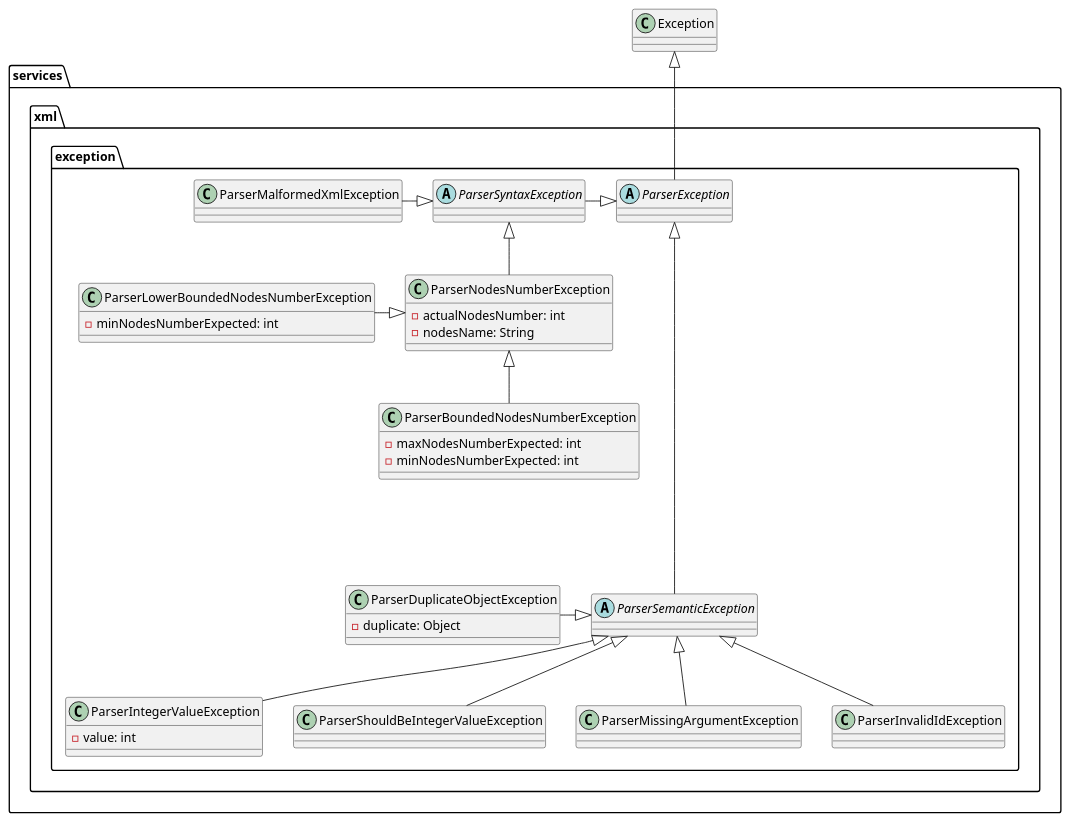
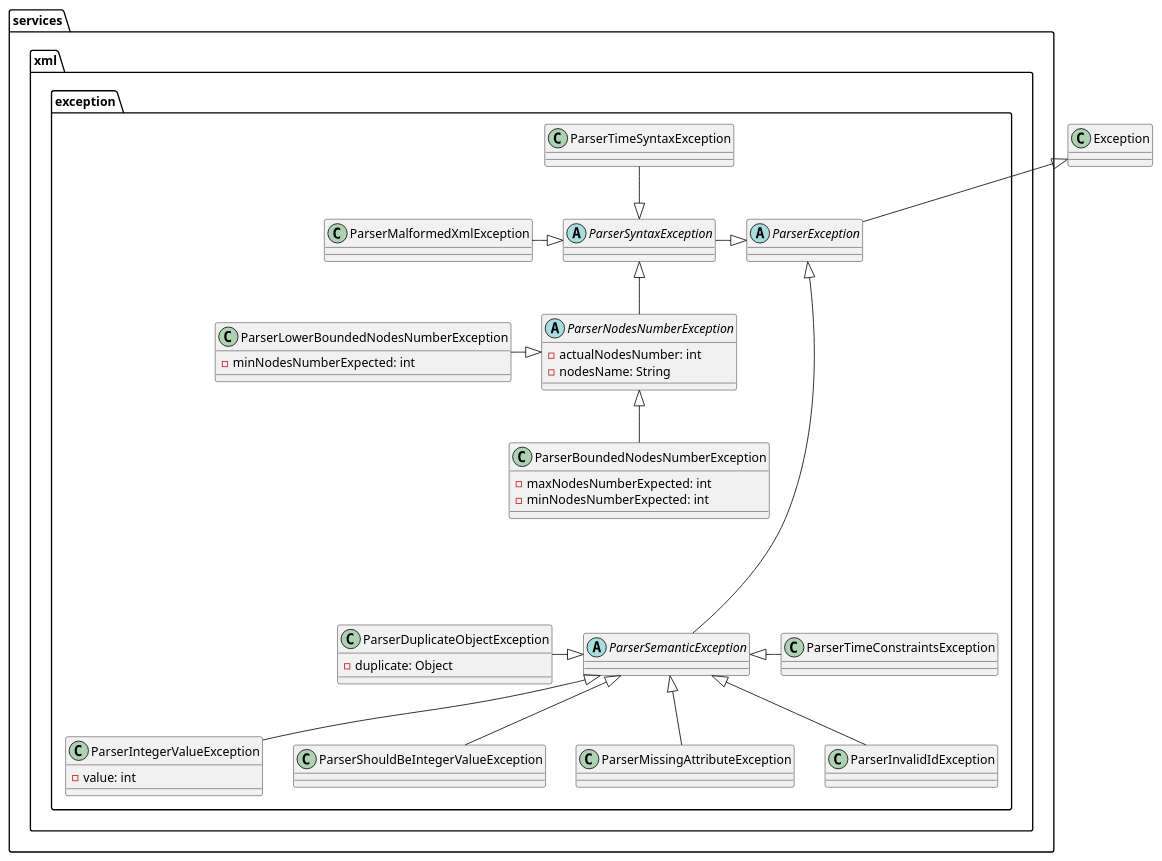
The diagram in docs/uml/package.services.xml.exception.puml (if-h4102/pld-agile), drawn with PlantUML before and after one commit. The commit also changed 9 other files, not shown here.

Commit message:
Modify Parser.getDeliveryRequest() to pass test on time constraints

```diff
--- a/docs/uml/package.services.xml.exception.puml
+++ b/docs/uml/package.services.xml.exception.puml
@@ -1,64 +1,68 @@
 class Exception
 package services.xml.exception {
 
     abstract class ParserException
     abstract class ParserSemanticException
     abstract class ParserSyntaxException
     
     abstract class ParserSemanticException
     class ParserDuplicateObjectException
     class ParserIntegerValueException
     class ParserShouldBeIntegerValueException
-    class ParserMissingArgumentException
+    class ParserMissingAttributeException
+    class ParserInvalidIdException
+    class ParserTimeConstraintsException
     
     abstract class ParserSyntaxException
     abstract class ParserNodesNumberException
-    class ParserInvalidIdException
     class ParserMalformedXmlException
+    class ParserTimeSyntaxException
     
     abstract class ParserNodesNumberException
     class ParserBoundedNodesNumberException
     class ParserLowerBoundedNodesNumberException
     
     
     Exception <|-- ParserException
     
     ParserException <|-l- ParserSyntaxException
     ParserException <|----- ParserSemanticException
     
     ParserSemanticException <|-l- ParserDuplicateObjectException
     ParserSemanticException <|-- ParserIntegerValueException
     ParserSemanticException <|-- ParserShouldBeIntegerValueException
     ParserSemanticException <|-- ParserInvalidIdException
-    ParserSemanticException <|-- ParserMissingArgumentException
+    ParserSemanticException <|-- ParserMissingAttributeException
+    ParserSemanticException <|-r- ParserTimeConstraintsException
     
     ParserSyntaxException <|-- ParserNodesNumberException
     ParserSyntaxException <|-l- ParserMalformedXmlException
+    ParserSyntaxException <|-u- ParserTimeSyntaxException
     
     ParserNodesNumberException <|-- ParserBoundedNodesNumberException
     ParserNodesNumberException <|-l- ParserLowerBoundedNodesNumberException
     
     
     class ParserDuplicateObjectException {
         -duplicate: Object
     }
     
     class ParserIntegerValueException {
         -value: int
     }
     
-    class ParserNodesNumberException {
+    abstract class ParserNodesNumberException {
         -actualNodesNumber: int
         -nodesName: String
     }
     
     class ParserBoundedNodesNumberException {
         -maxNodesNumberExpected: int
         -minNodesNumberExpected: int
     }
     
     class ParserLowerBoundedNodesNumberException {
         -minNodesNumberExpected: int
     }
     
 }
```
